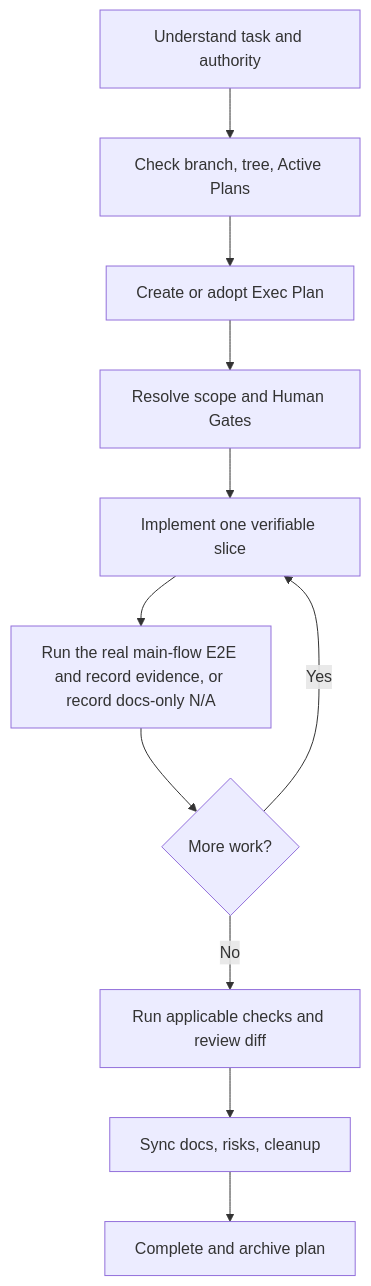
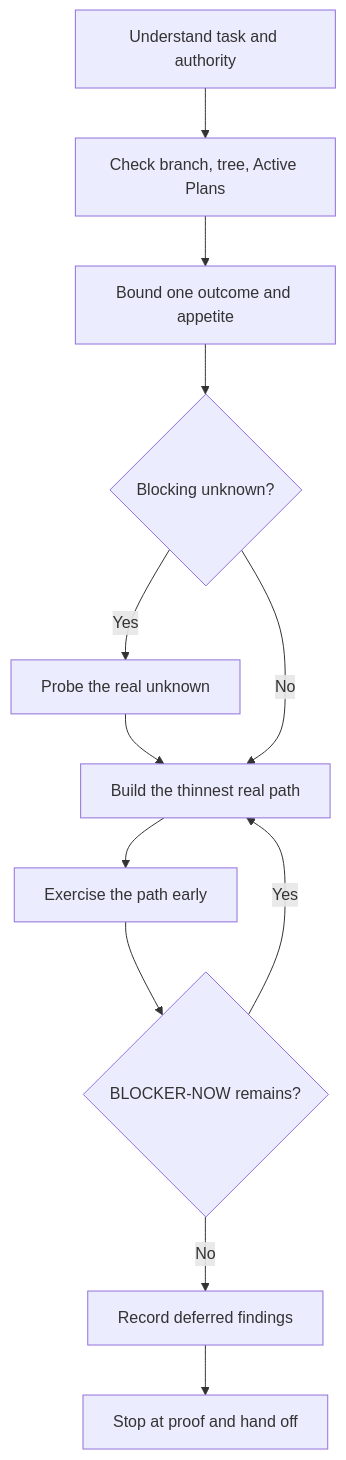
Before and after one commit to atomlink-ye/agent-server: the diagram in docs/agents/work-lifecycle.md, drawn with Mermaid. The commit also changed other lines of this file and 16 other files, not shown here.

````diff
--- a/docs/agents/work-lifecycle.md
+++ b/docs/agents/work-lifecycle.md
@@ -3,13 +3,14 @@
 ```mermaid
 flowchart TD
     A["Understand task and authority"] --> B["Check branch, tree, Active Plans"]
-    B --> C["Create or adopt Exec Plan"]
-    C --> D["Resolve scope and Human Gates"]
-    D --> E["Implement one verifiable slice"]
-    E --> F["Run the real main-flow E2E and record evidence, or record docs-only N/A"]
-    F --> G{"More work?"}
+    B --> C["Bound one outcome and appetite"]
+    C --> D{"Blocking unknown?"}
+    D -->|Yes| P["Probe the real unknown"]
+    P --> E["Build the thinnest real path"]
+    D -->|No| E
+    E --> F["Exercise the path early"]
+    F --> G{"BLOCKER-NOW remains?"}
     G -->|Yes| E
-    G -->|No| H["Run applicable checks and review diff"]
-    H --> I["Sync docs, risks, cleanup"]
-    I --> J["Complete and archive plan"]
+    G -->|No| H["Record deferred findings"]
+    H --> I["Stop at proof and hand off"]
 ```
````
